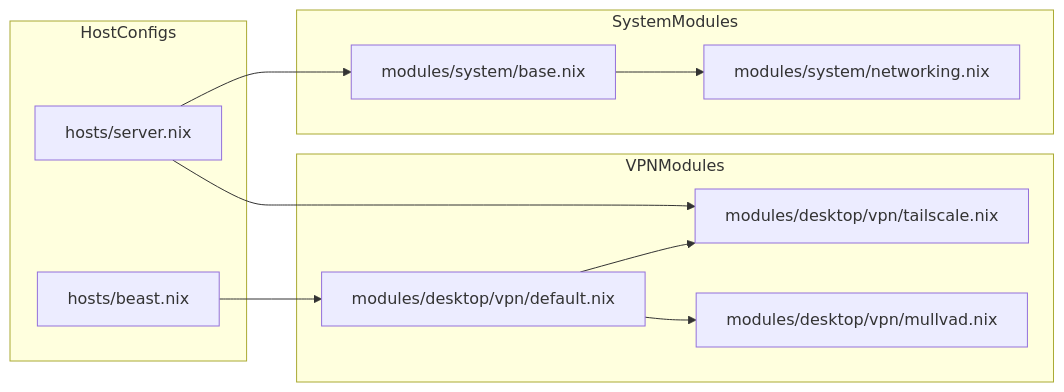
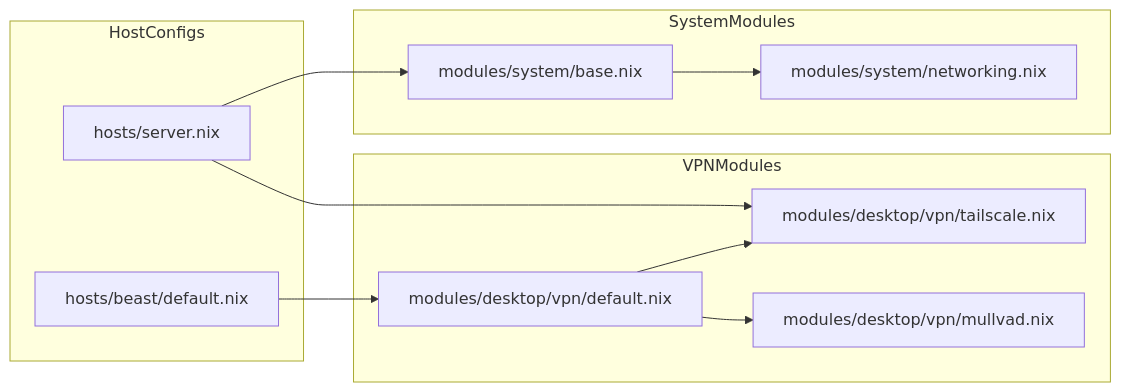
The first of 2 diagrams in docs/Networking-and-VPN.md (Cody-W-Tucker/nix-config), drawn with Mermaid before and after one commit. The commit also changed other lines of this file and 5 other files, not shown here.

````diff
--- a/docs/Networking-and-VPN.md
+++ b/docs/Networking-and-VPN.md
@@ -46,22 +46,22 @@
 ```mermaid
 flowchart LR
     subgraph HostConfigs
         SERVER["hosts/server.nix"]
-        BEAST["hosts/beast.nix"]
+        BEAST["hosts/beast/default.nix"]
     end
     subgraph VPNModules
         TS["modules/desktop/vpn/tailscale.nix"]
         MV["modules/desktop/vpn/mullvad.nix"]
         VPN_DEF["modules/desktop/vpn/default.nix"]
     end
     subgraph SystemModules
         BASE["modules/system/base.nix"]
         NET["modules/system/networking.nix"]
     end
     BASE --> NET
     SERVER --> BASE
     SERVER --> TS
     BEAST --> VPN_DEF
     VPN_DEF --> TS
     VPN_DEF --> MV
 ```
````
